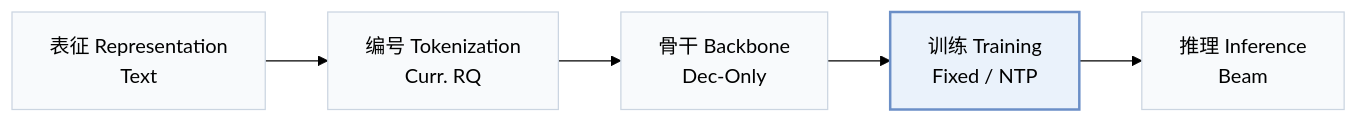
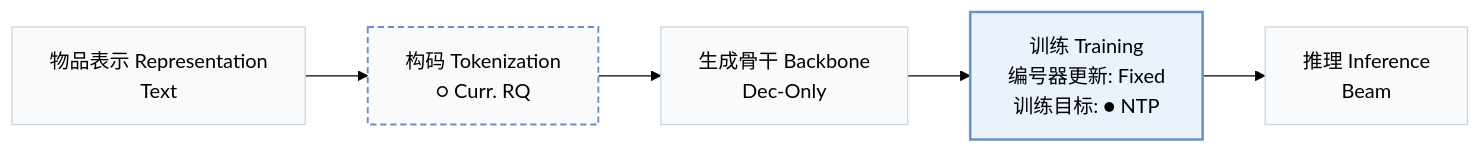
One commit to Galaxy-ghost/Awesome-SID-Generative-Rec changed the first of 2 diagrams in pages/zh/papers/recbase.md. Above: the diagram before and after it, drawn with Mermaid (forest theme). The commit also changed other lines of this file and 558 other files, not shown here.

````diff
--- a/pages/zh/papers/recbase.md
+++ b/pages/zh/papers/recbase.md
@@ -15,8 +19,10 @@
 ```mermaid
 flowchart LR
-    R["表征 Representation<br/>Text"] --> T["编号 Tokenization<br/>Curr. RQ"] --> B["骨干 Backbone<br/>Dec-Only"] --> TR["训练 Training<br/>Fixed / NTP"] --> I["推理 Inference<br/>Beam"]
+    R["物品表示 Representation<br/>Text"] --> T["构码 Tokenization<br/>○ Curr. RQ"] --> B["生成骨干 Backbone<br/>Dec-Only"] --> TR["训练 Training<br/>编号器更新: Fixed<br/>训练目标: ● NTP"] --> I["推理 Inference<br/>Beam"]
     classDef base fill:#f8fafc,stroke:#cbd5e1
     class R,T,B,TR,I base
+    classDef other fill:#f8fafc,stroke:#6b8fc7,stroke-width:1.5px,stroke-dasharray:5 3
+    class T other
     classDef main fill:#eaf2fb,stroke:#6b8fc7,stroke-width:2px
     class TR main
 ```
````
